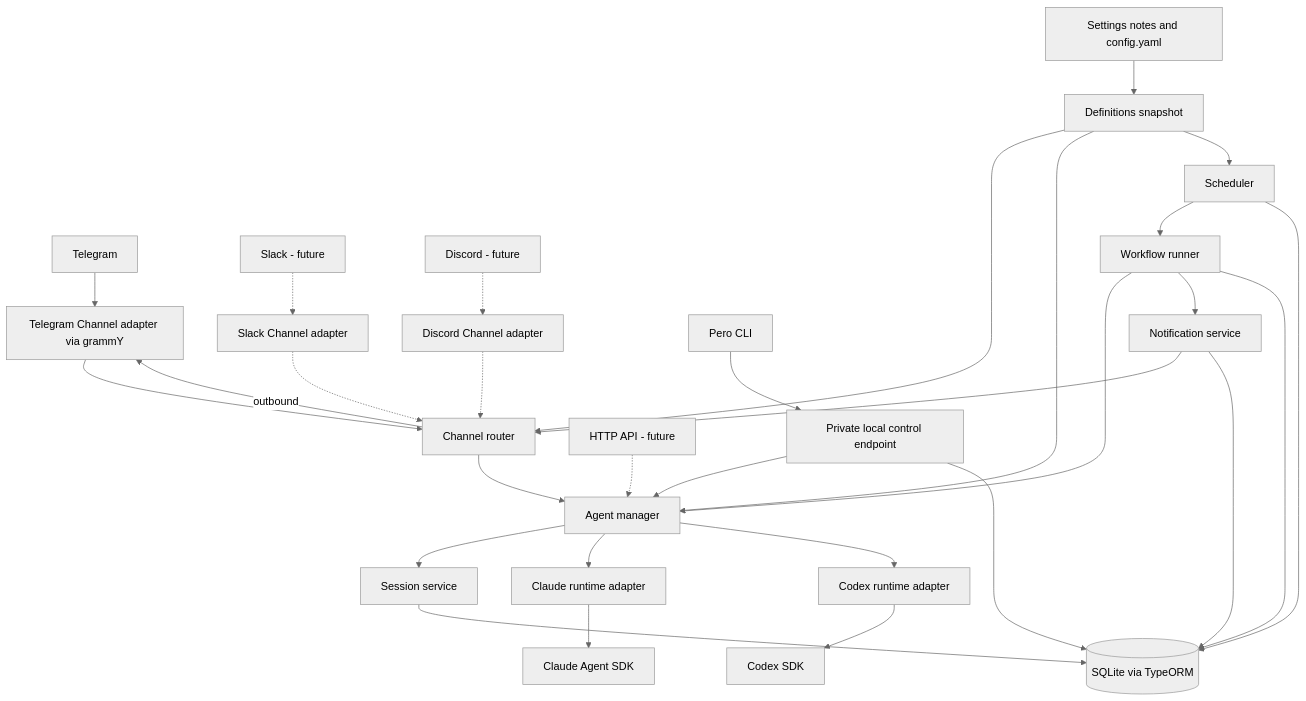
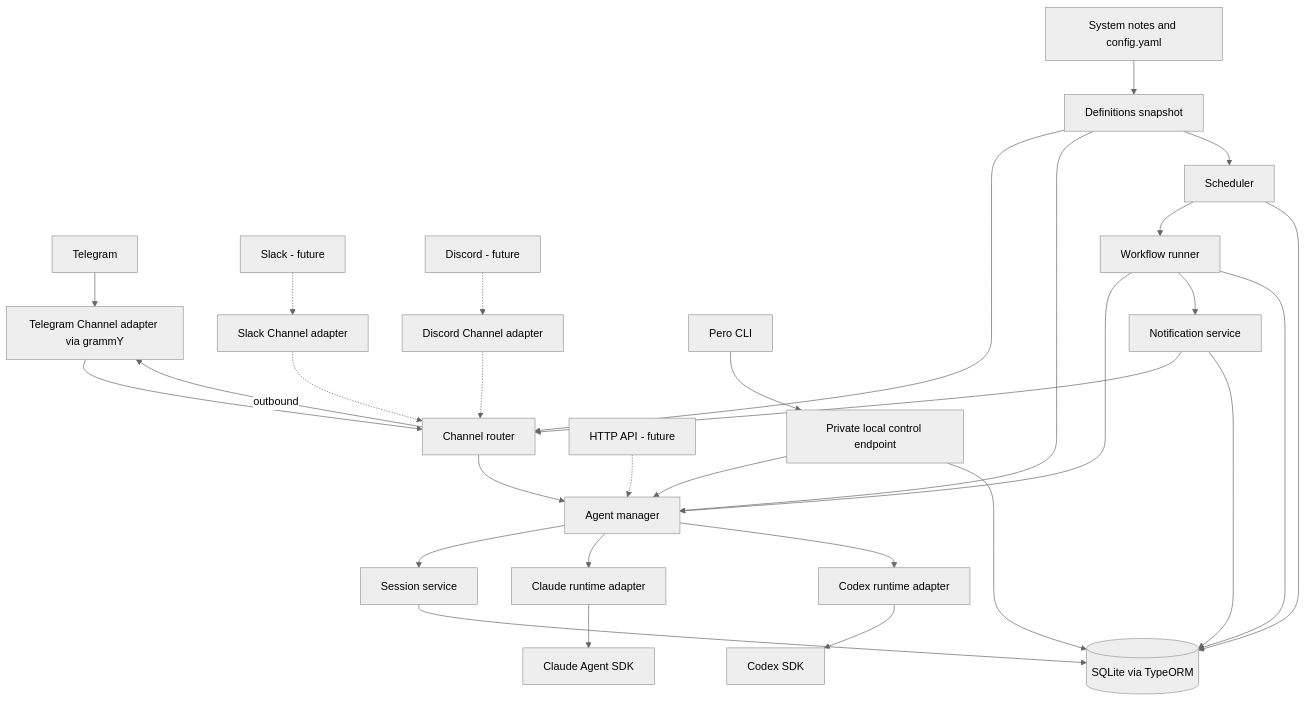
The diagram in docs/ARCHITECTURE.md (istepachev/pero), drawn with Mermaid (neutral theme) before and after one commit. The commit also changed other lines of this file and 158 other files, not shown here.

First line of the commit message:
refactor!: rename the Settings folder to System

````diff
--- a/docs/ARCHITECTURE.md
+++ b/docs/ARCHITECTURE.md
@@ -59,32 +59,32 @@
 ```mermaid
 flowchart TD
     T[Telegram] --> TA[Telegram Channel adapter via grammY]
     SL[Slack - future] -.-> SA[Slack Channel adapter]
     DI[Discord - future] -.-> DA[Discord Channel adapter]
     TA --> C[Channel router]
     SA -.-> C
     DA -.-> C
     C --> AM[Agent manager]
     API[HTTP API - future] -.-> AM
     CLI[Pero CLI] --> CT[Private local control endpoint]
     CT --> AM
     CT --> DB
-    F[Settings notes and config.yaml] --> D[Definitions snapshot]
+    F[System notes and config.yaml] --> D[Definitions snapshot]
     D --> C
     D --> AM
     D --> S
     S[Scheduler] --> WR[Workflow runner]
     WR --> AM
     AM --> SE[Session service]
     AM --> CR[Claude runtime adapter]
     AM --> XR[Codex runtime adapter]
     CR --> CA[Claude Agent SDK]
     XR --> CX[Codex SDK]
     WR --> N[Notification service]
     N --> C
     C -- outbound --> TA
     SE --> DB[(SQLite via TypeORM)]
     S --> DB
     WR --> DB
     N --> DB
 ```
````
